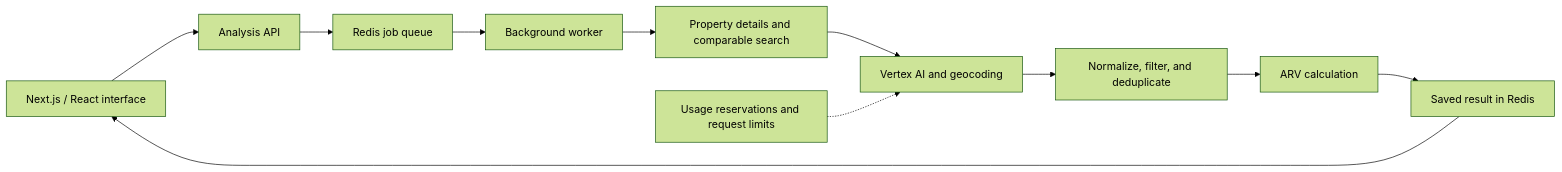
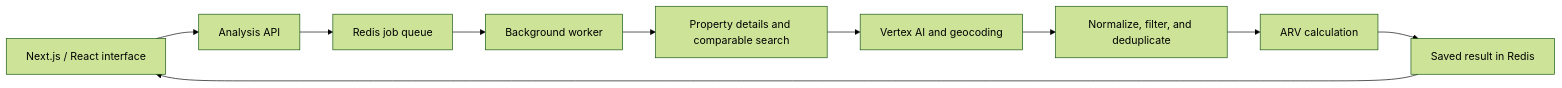
One commit to Eobodoechine/software-engineering-portfolio changed the diagram in projects/propertyvision/SYSTEM.md. Above: the diagram before and after it, drawn with Mermaid (forest theme). The commit also changed other lines of this file and 2 other files, not shown here.

````diff
--- a/projects/propertyvision/SYSTEM.md
+++ b/projects/propertyvision/SYSTEM.md
@@ -18,13 +18,12 @@
 ```mermaid
 flowchart LR
   UI[Next.js / React interface] --> API[Analysis API]
   API --> Q[Redis job queue]
   Q --> W[Background worker]
   W --> P[Property details and comparable search]
   P --> V[Vertex AI and geocoding]
   V --> N[Normalize, filter, and deduplicate]
   N --> A[ARV calculation]
   A --> R[Saved result in Redis]
   R --> UI
-  B[Usage reservations and request limits] -.-> V
 ```
````
